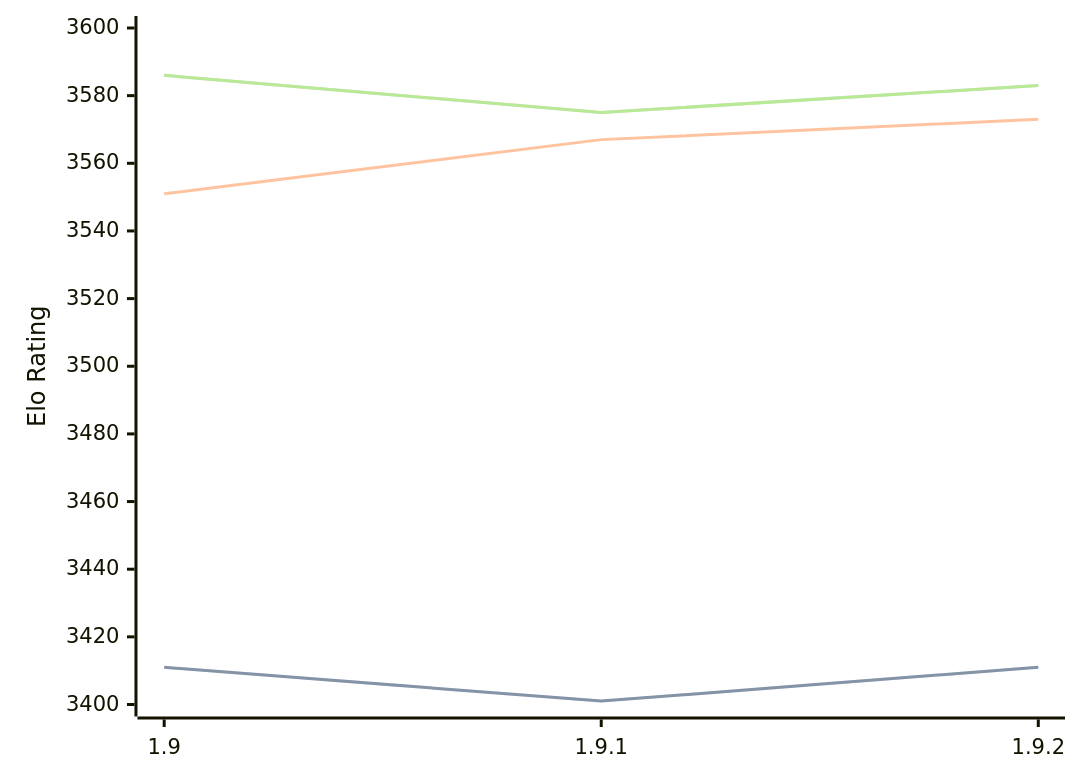
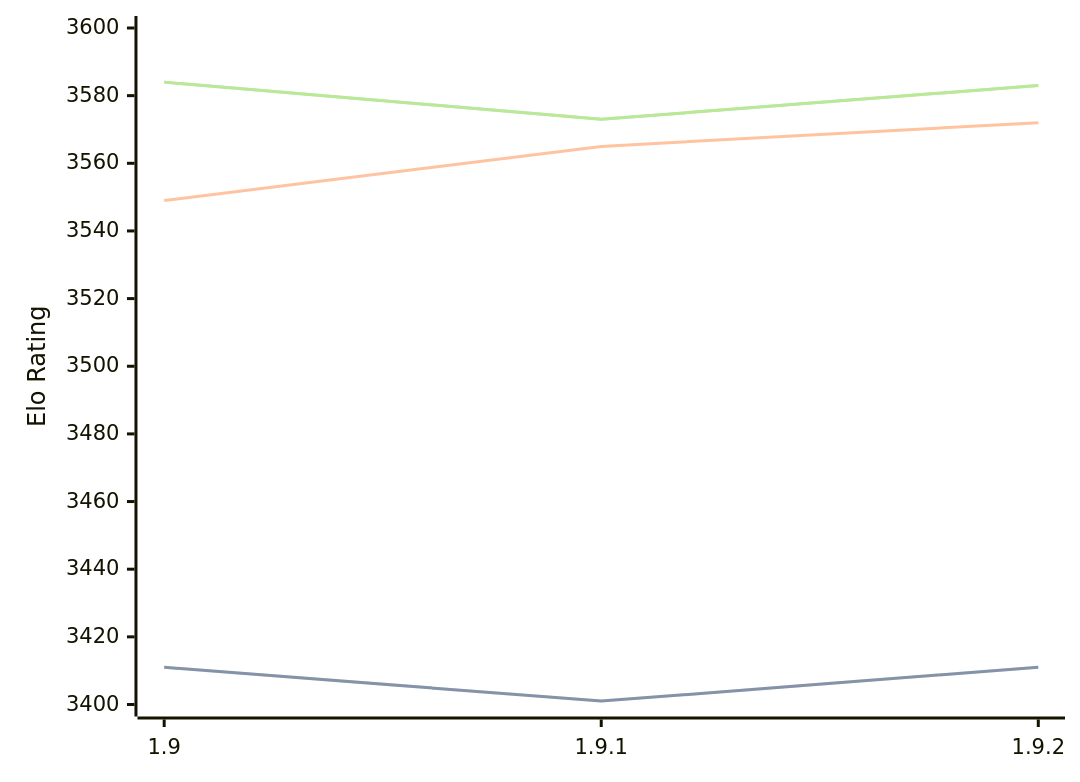
The diagram in engines/Pawnocchio.md (computer-chess-index/cci), drawn with Mermaid before and after one commit. The commit also changed other lines of this file, not shown here.

Commit message:
Update CCI Ratings (ELO VLTC) - 2026-03-11

````diff
--- a/engines/Pawnocchio.md
+++ b/engines/Pawnocchio.md
@@ -46,11 +46,11 @@
 ```mermaid
 %%{init: {"theme":"base","themeVariables":{"seriesColors:['#a3a3a3','#222221','#faa371']}}}%%
 xychart-beta
   x-axis ["1.9", "1.9.1", "1.9.2"]
   y-axis "Elo Rating" 3400 --> 3600
   line "STC (8.0+0.08s)" [3411, 3401, 3411]
   line "STC (8.0+0.08s)" [3411, 3401, 3411]
-  line "LTC (60.0+0.60s)" [3551, 3567, 3573]
-  line "VLTC (2m24s+1.12s)" [3586, 3575, 3583]
-  line "VLTC (2m24s+1.12s)" [3586, 3575, 3583]
+  line "LTC (60.0+0.60s)" [3549, 3565, 3572]
+  line "VLTC (2m24s+1.12s)" [3584, 3573, 3583]
+  line "VLTC (2m24s+1.12s)" [3584, 3573, 3583]
 ```
````
